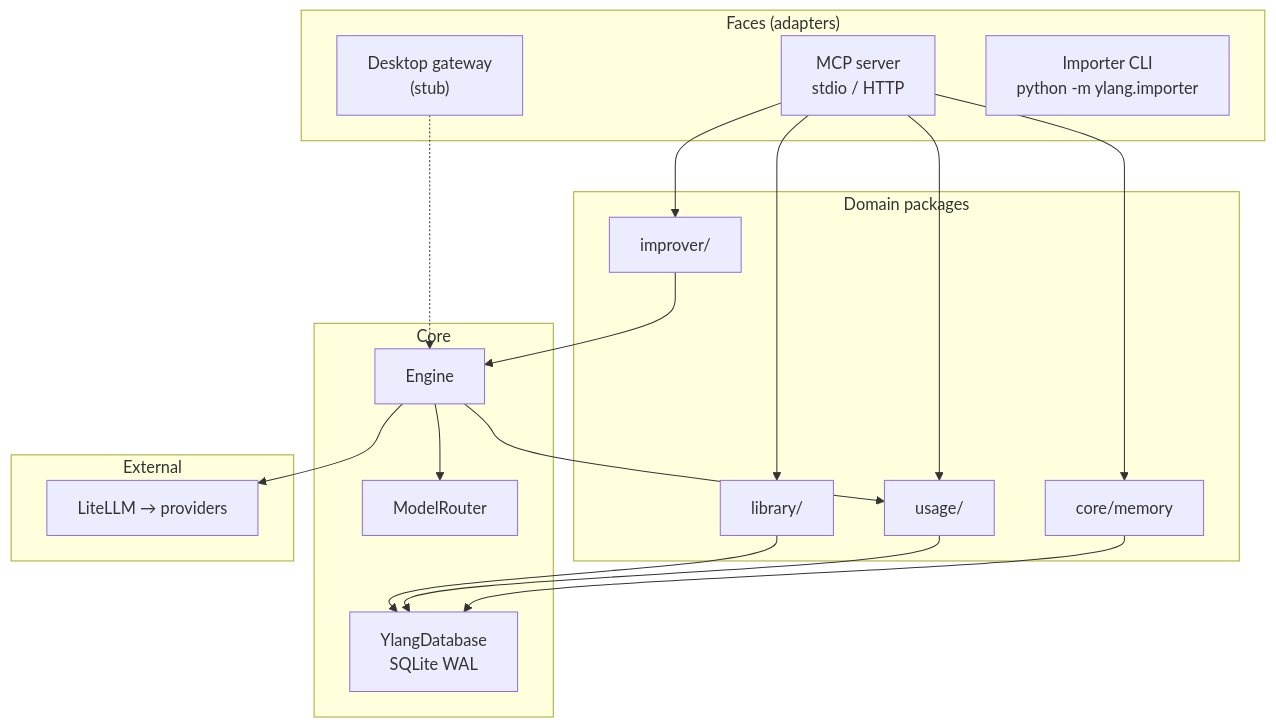
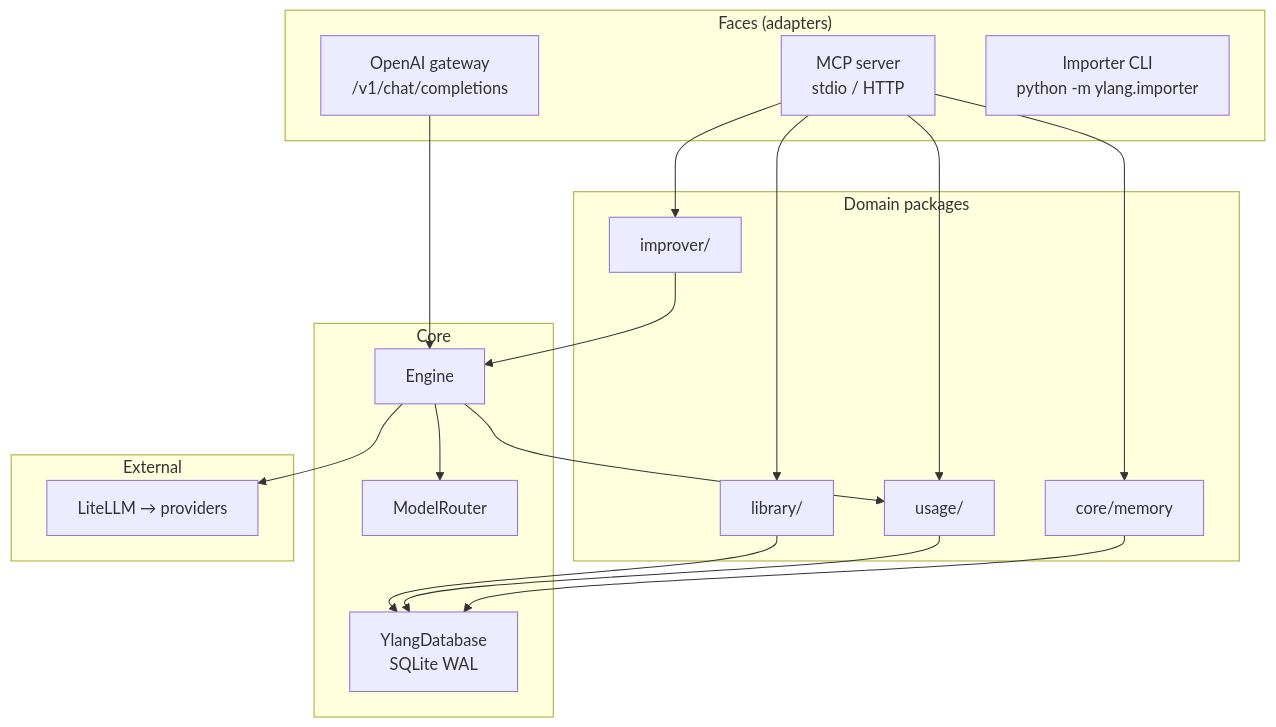
The first of 3 diagrams in docs/architecture.md (Yann-0/ylang), drawn with Mermaid before and after one commit. The commit also changed other lines of this file and 12 other files, not shown here.

````diff
--- a/docs/architecture.md
+++ b/docs/architecture.md
@@ -7,38 +7,38 @@
 ```mermaid
 flowchart TB
     subgraph faces["Faces (adapters)"]
         MCP["MCP server<br/>stdio / HTTP"]
-        GW["Desktop gateway<br/>(stub)"]
+        GW["OpenAI gateway<br/>/v1/chat/completions"]
         CLI["Importer CLI<br/>python -m ylang.importer"]
     end
 
     subgraph domain["Domain packages"]
         IMP["improver/"]
         LIB["library/"]
         USG["usage/"]
         MEM["core/memory"]
     end
 
     subgraph core["Core"]
         ENG["Engine"]
         RTR["ModelRouter"]
         DB["YlangDatabase<br/>SQLite WAL"]
     end
 
     subgraph external["External"]
         LLM["LiteLLM → providers"]
     end
 
     MCP --> IMP
     MCP --> LIB
     MCP --> USG
     MCP --> MEM
-    GW -.-> ENG
+    GW --> ENG
     IMP --> ENG
     ENG --> RTR
     ENG --> USG
     ENG --> LLM
     LIB --> DB
     USG --> DB
     MEM --> DB
 ```
````
